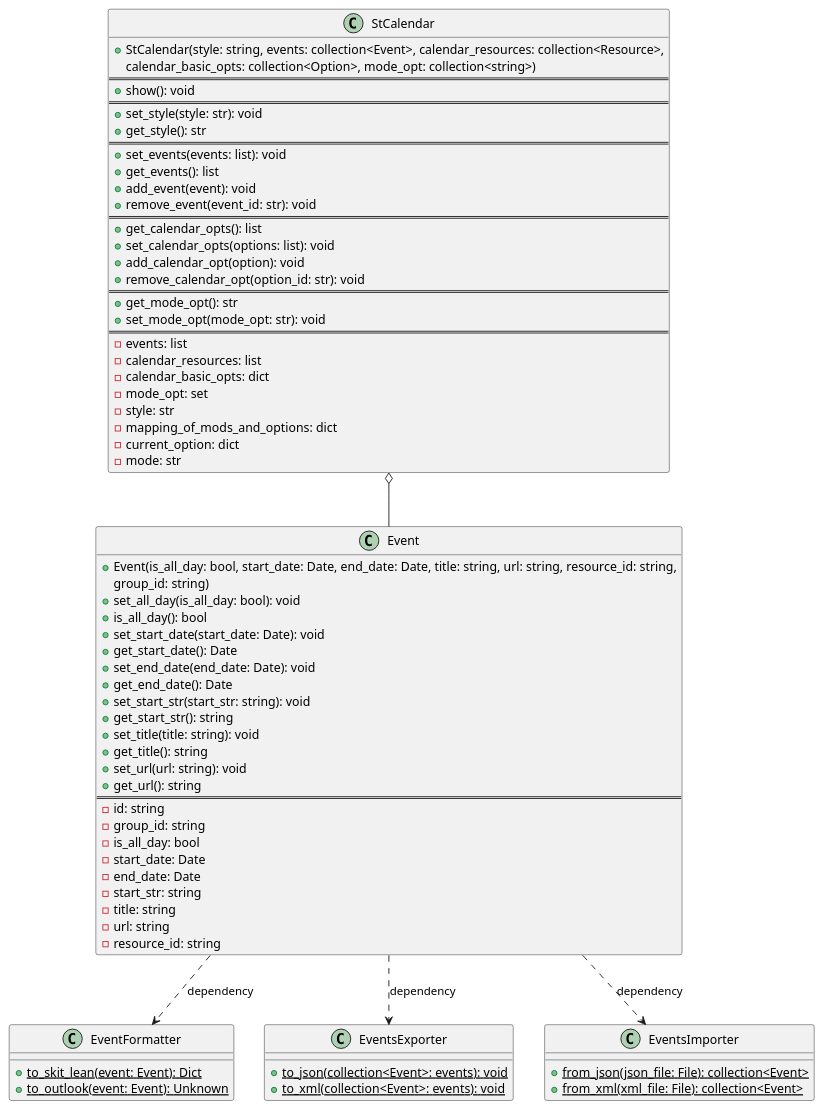
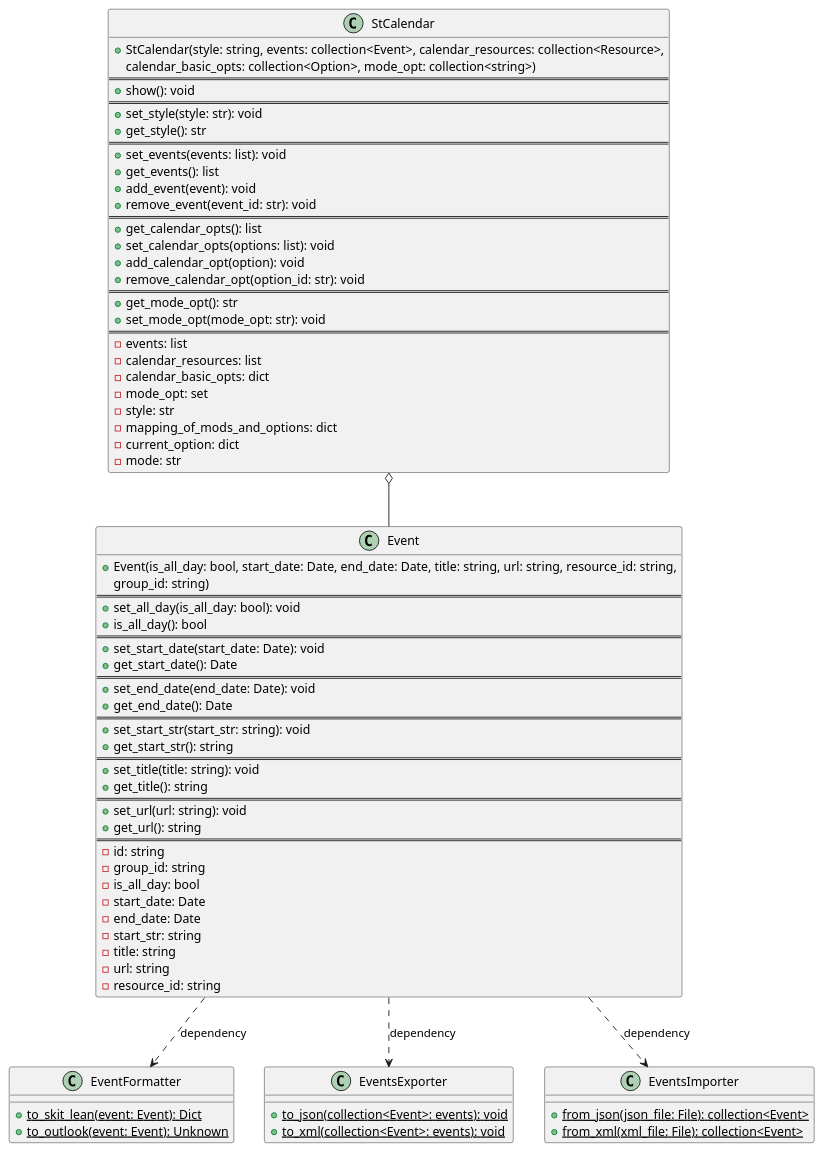
One commit to SirArt25/Chronastra changed the diagram in uml-diagram/chronastra.puml. Above: the diagram before and after it, drawn with PlantUML. The commit also changed 1 other file, not shown here.

```diff
--- a/uml-diagram/chronastra.puml
+++ b/uml-diagram/chronastra.puml
@@ -1,83 +1,89 @@
 @startuml
 class Event{
     + Event(is_all_day: bool, start_date: Date, end_date: Date, title: string, url: string, resource_id: string,
         group_id: string)
+    ===
     + set_all_day(is_all_day: bool): void
     + is_all_day(): bool
+    ===
     + set_start_date(start_date: Date): void
     + get_start_date(): Date
+    ===
     + set_end_date(end_date: Date): void
     + get_end_date(): Date
+    ===
     + set_start_str(start_str: string): void
     + get_start_str(): string
+    ===
     + set_title(title: string): void
     + get_title(): string
+    ===
     + set_url(url: string): void
     + get_url(): string
     ===
     - id: string
     - group_id: string
     - is_all_day: bool
     - start_date: Date
     - end_date: Date
     - start_str: string
     - title: string
     - url: string
     - resource_id: string
 }
 
 
 class EventFormatter{
     {static} + to_skit_lean(event: Event): Dict
     {static} + to_outlook(event: Event): Unknown
 }
 
 class EventsExporter{
     {static} + to_json(collection<Event>: events): void
     {static} + to_xml(collection<Event>: events): void
 }
 
 class EventsImporter{
     {static} + from_json(json_file: File): collection<Event>
     {static} + from_xml(xml_file: File): collection<Event>
 }
 
 class StCalendar {
     +StCalendar(style: string, events: collection<Event>, calendar_resources: collection<Resource>,
     calendar_basic_opts: collection<Option>, mode_opt: collection<string>)
     ===
     +show(): void
     ===
     +set_style(style: str): void
     +get_style(): str
     ===
     +set_events(events: list): void
     +get_events(): list
     +add_event(event): void
     +remove_event(event_id: str): void
     ===
     +get_calendar_opts(): list
     +set_calendar_opts(options: list): void
     +add_calendar_opt(option): void
     +remove_calendar_opt(option_id: str): void
     ===
     +get_mode_opt(): str
     +set_mode_opt(mode_opt: str): void
     ===
     -events: list
     -calendar_resources: list
     -calendar_basic_opts: dict
     -mode_opt: set
     -style: str
     -mapping_of_mods_and_options: dict
     -current_option: dict
     -mode: str
 }
 
 
 
 StCalendar o-- Event
 Event ..> EventFormatter : dependency
 Event ..> EventsExporter : dependency
 Event ..> EventsImporter : dependency
 @enduml
```
